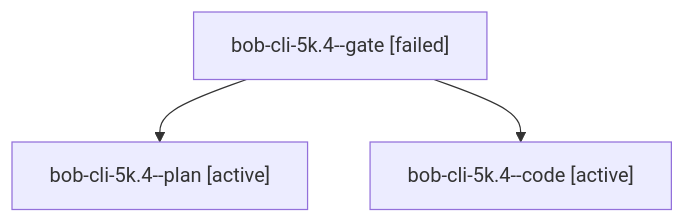
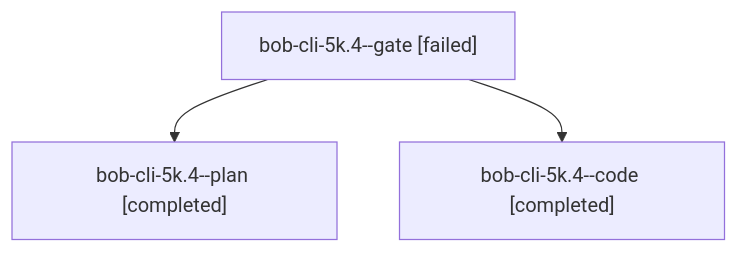
One commit to bobs-org/bob-cli--agents changed the diagram in sessions/bbugyi200.athena.bob-cli-5k.4.md. Above: the diagram before and after it, drawn with Mermaid. The commit also changed other lines of this file and 55 other files, not shown here.

````diff
--- a/sessions/bbugyi200.athena.bob-cli-5k.4.md
+++ b/sessions/bbugyi200.athena.bob-cli-5k.4.md
@@ -9,8 +9,8 @@
 ```mermaid
 flowchart TD
   n0["bob-cli-5k.4--gate [failed]"]
-  n1["bob-cli-5k.4--plan [active]"]
+  n1["bob-cli-5k.4--plan [completed]"]
   n0 --> n1
-  n2["bob-cli-5k.4--code [active]"]
+  n2["bob-cli-5k.4--code [completed]"]
   n0 --> n2
 ```
````
